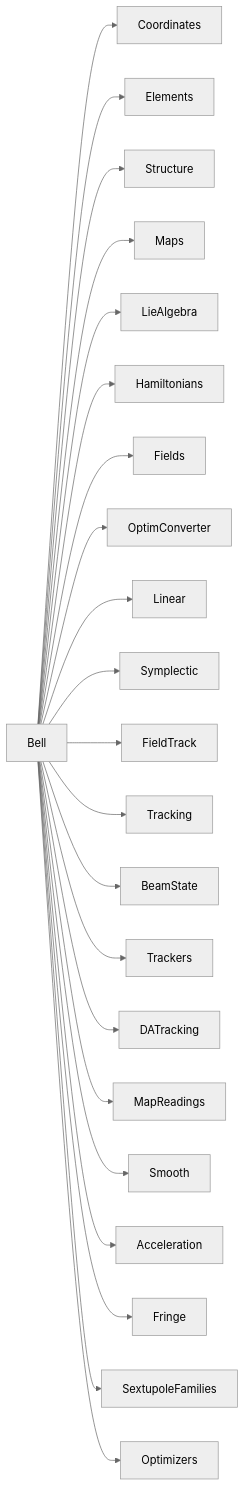
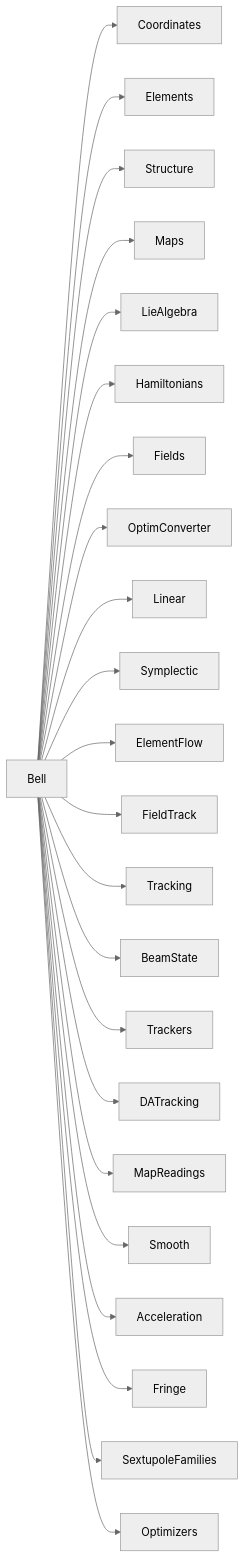
The second of 2 diagrams in src/README.md (sergeybell/BELL), drawn with Mermaid (neutral theme) before and after one commit. The commit also changed other lines of this file and 19 other files, not shown here.

````diff
--- a/src/README.md
+++ b/src/README.md
@@ -156,24 +165,25 @@
 ```mermaid
 flowchart LR
   Bell --> Coordinates
   Bell --> Elements
   Bell --> Structure
   Bell --> Maps
   Bell --> LieAlgebra
   Bell --> Hamiltonians
   Bell --> Fields
   Bell --> OptimConverter
   Bell --> Linear
   Bell --> Symplectic
+  Bell --> ElementFlow
   Bell --> FieldTrack
   Bell --> Tracking
   Bell --> BeamState
   Bell --> Trackers
   Bell --> DATracking
   Bell --> MapReadings
   Bell --> Smooth
   Bell --> Acceleration
   Bell --> Fringe
   Bell --> SextupoleFamilies
   Bell --> Optimizers
 ```
````
